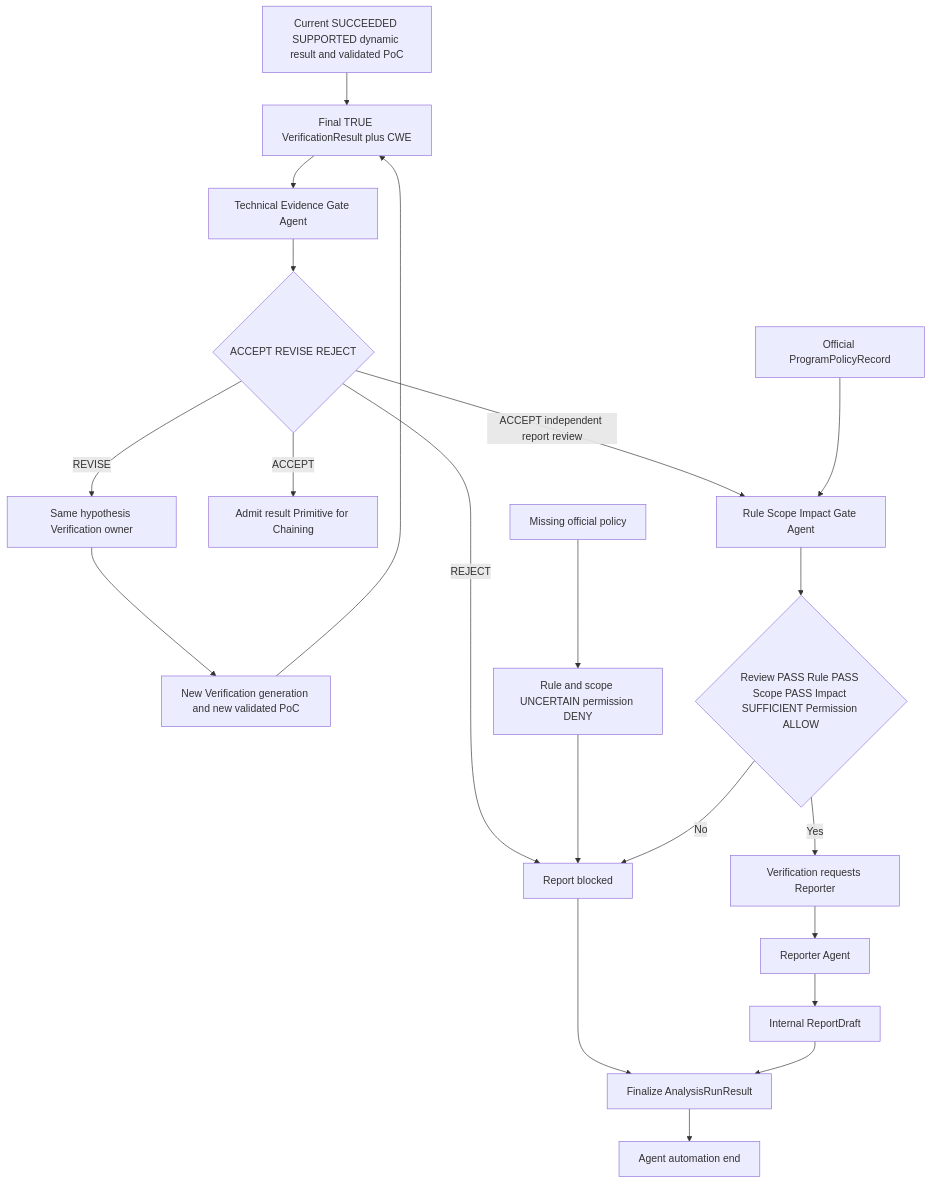
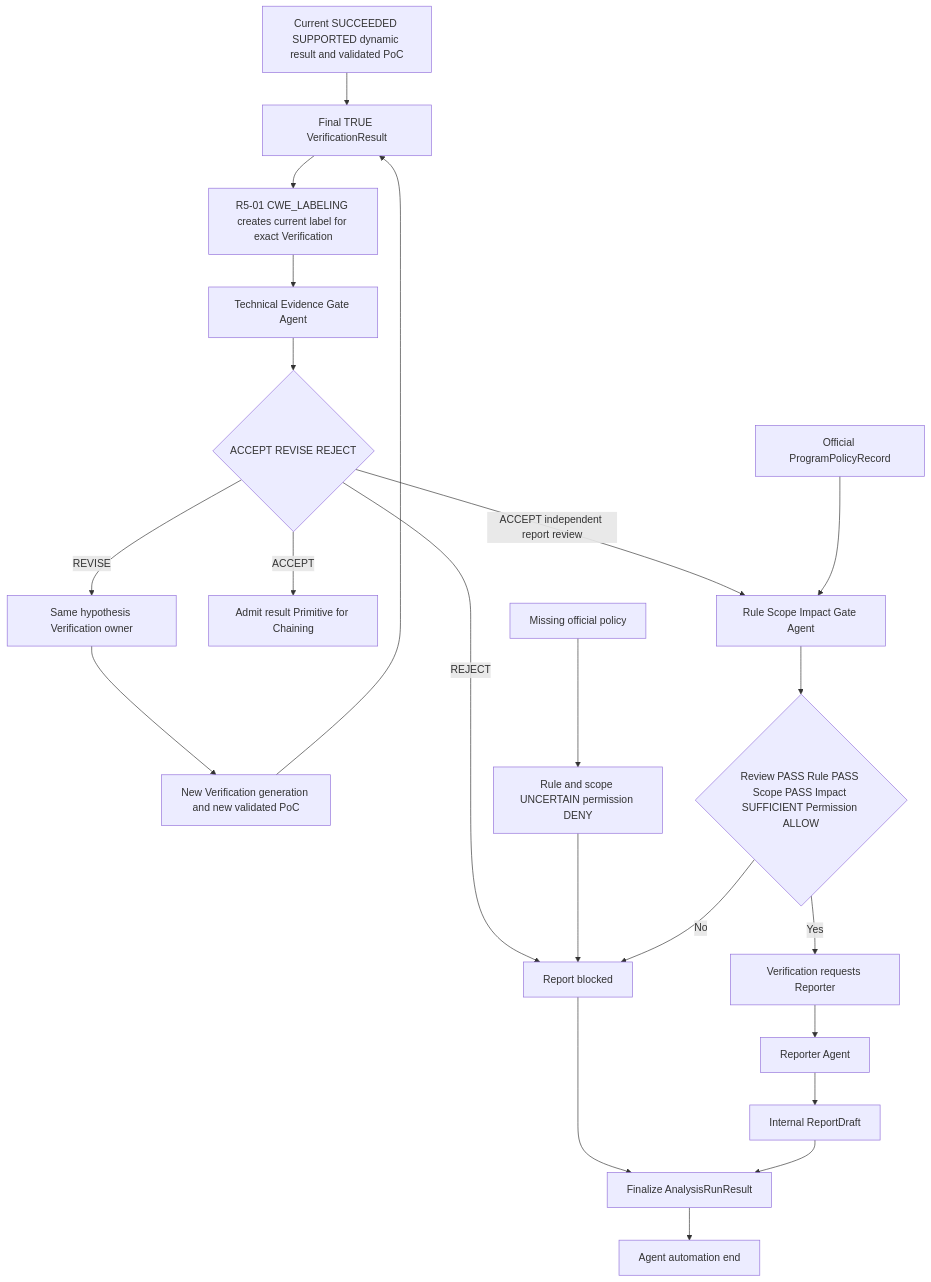
Before and after one commit to SASTsimi/sastsimi: the sixth of 13 diagrams in docs/architecture-v5/13-architecture-diagrams.md, drawn with Mermaid. The commit also changed other lines of this file and 31 other files, not shown here.

Commit message:
docs: bind R5-01 CWE labels to verification

````diff
--- a/docs/architecture-v5/13-architecture-diagrams.md
+++ b/docs/architecture-v5/13-architecture-diagrams.md
@@ -244,23 +244,24 @@
 ```mermaid
 flowchart TB
-    DYN[Current SUCCEEDED SUPPORTED dynamic result and validated PoC] --> VR[Final TRUE VerificationResult plus CWE]
-    VR --> TECH[Technical Evidence Gate Agent]
+    DYN[Current SUCCEEDED SUPPORTED dynamic result and validated PoC] --> VR[Final TRUE VerificationResult]
+    VR --> CWE[R5-01 CWE_LABELING creates current label for exact Verification]
+    CWE --> TECH[Technical Evidence Gate Agent]
     TECH --> TS{ACCEPT REVISE REJECT}
     TS -->|REVISE| BACK[Same hypothesis Verification owner]
     BACK --> NEWGEN[New Verification generation and new validated PoC]
     NEWGEN --> VR
     TS -->|REJECT| BLOCK[Report blocked]
     TS -->|ACCEPT| PRIMITIVE[Admit result Primitive for Chaining]
     TS -->|ACCEPT independent report review| RULE[Rule Scope Impact Gate Agent]
     POLICY[Official ProgramPolicyRecord] --> RULE
     NOPOL[Missing official policy] --> UNCERTAIN[Rule and scope UNCERTAIN permission DENY]
     UNCERTAIN --> BLOCK
     RULE --> READY{Review PASS Rule PASS Scope PASS Impact SUFFICIENT Permission ALLOW}
     READY -->|No| BLOCK
     READY -->|Yes| RREQ[Verification requests Reporter]
     RREQ --> REPORTER[Reporter Agent]
     REPORTER --> DRAFT[Internal ReportDraft]
     BLOCK --> FINAL[Finalize AnalysisRunResult]
     DRAFT --> FINAL
     FINAL --> END[Agent automation end]
 ```
````
